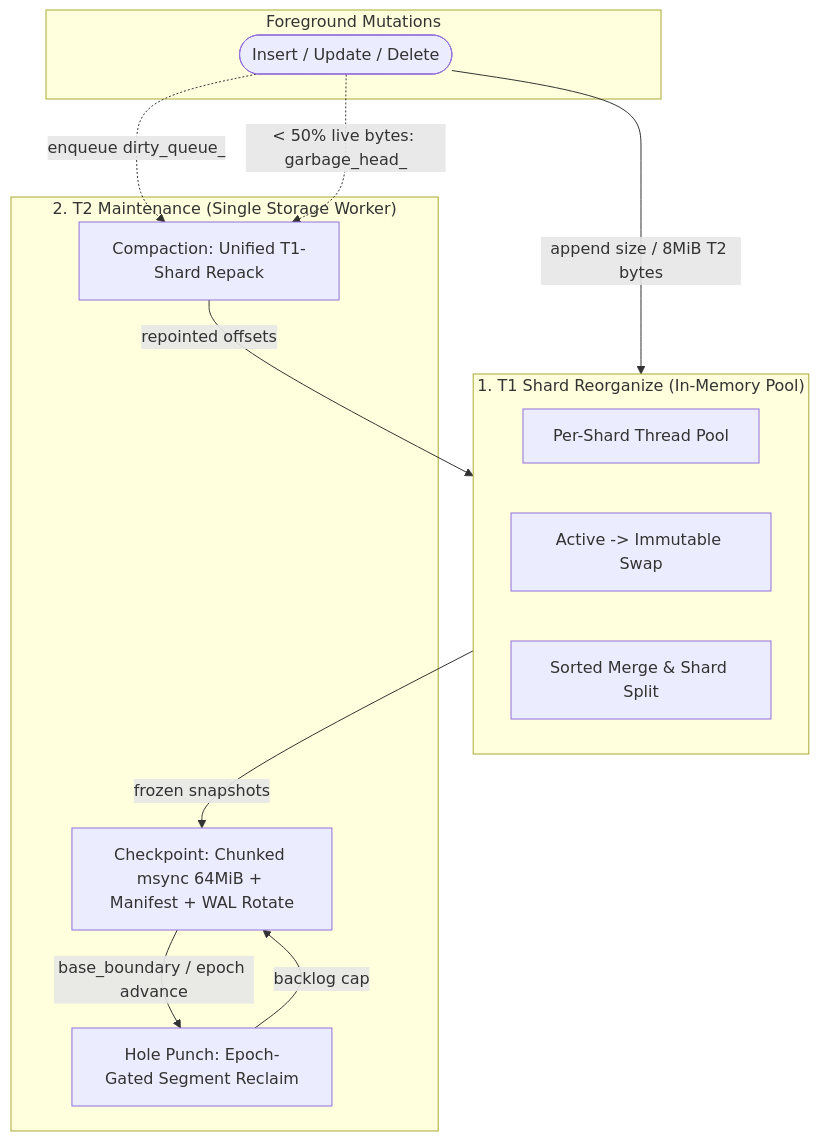
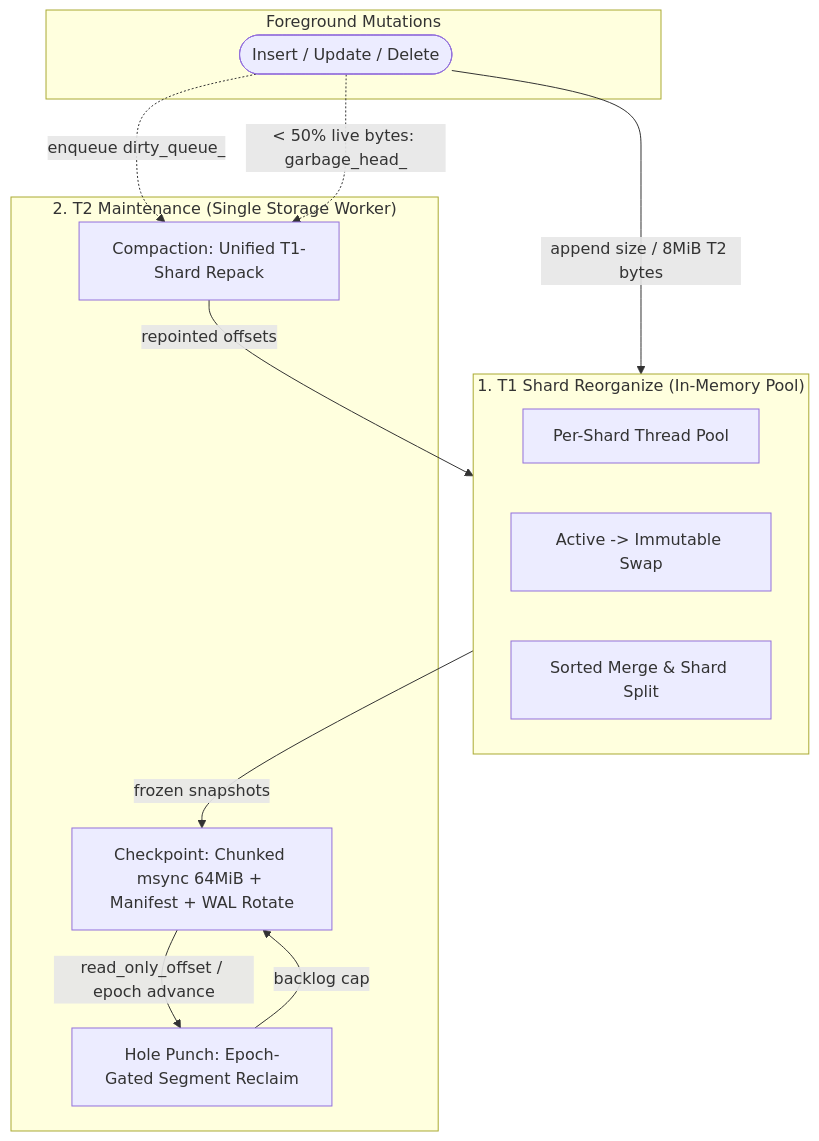
The diagram in docs/specification/background_jobs.md (LineairDB/vmemkv), drawn with Mermaid before and after one commit. The commit also changed 11 other files, not shown here.

````diff
--- a/docs/specification/background_jobs.md
+++ b/docs/specification/background_jobs.md
@@ -10,27 +10,27 @@
 ```mermaid
 flowchart TB
     subgraph FG["Foreground Mutations"]
         W([Insert / Update / Delete])
     end
 
     subgraph T1J["1. T1 Shard Reorganize (In-Memory Pool)"]
         RGP[Per-Shard Thread Pool]
         GEN[Active -> Immutable Swap]
         MRG[Sorted Merge & Shard Split]
     end
 
     subgraph T2J["2. T2 Maintenance (Single Storage Worker)"]
         CKP[Checkpoint: Chunked msync 64MiB + Manifest + WAL Rotate]
         REP[Compaction: Unified T1-Shard Repack]
         PUN[Hole Punch: Epoch-Gated Segment Reclaim]
-        CKP -->|base_boundary / epoch advance| PUN
+        CKP -->|read_only_offset / epoch advance| PUN
         PUN -->|backlog cap| CKP
     end
 
     W -->|append size / 8MiB T2 bytes| T1J
     W -.->|enqueue dirty_queue_| REP
     W -.->|< 50% live bytes: garbage_head_| REP
 
     T1J -->|frozen snapshots| CKP
     REP -->|repointed offsets| T1J
 ```
````
